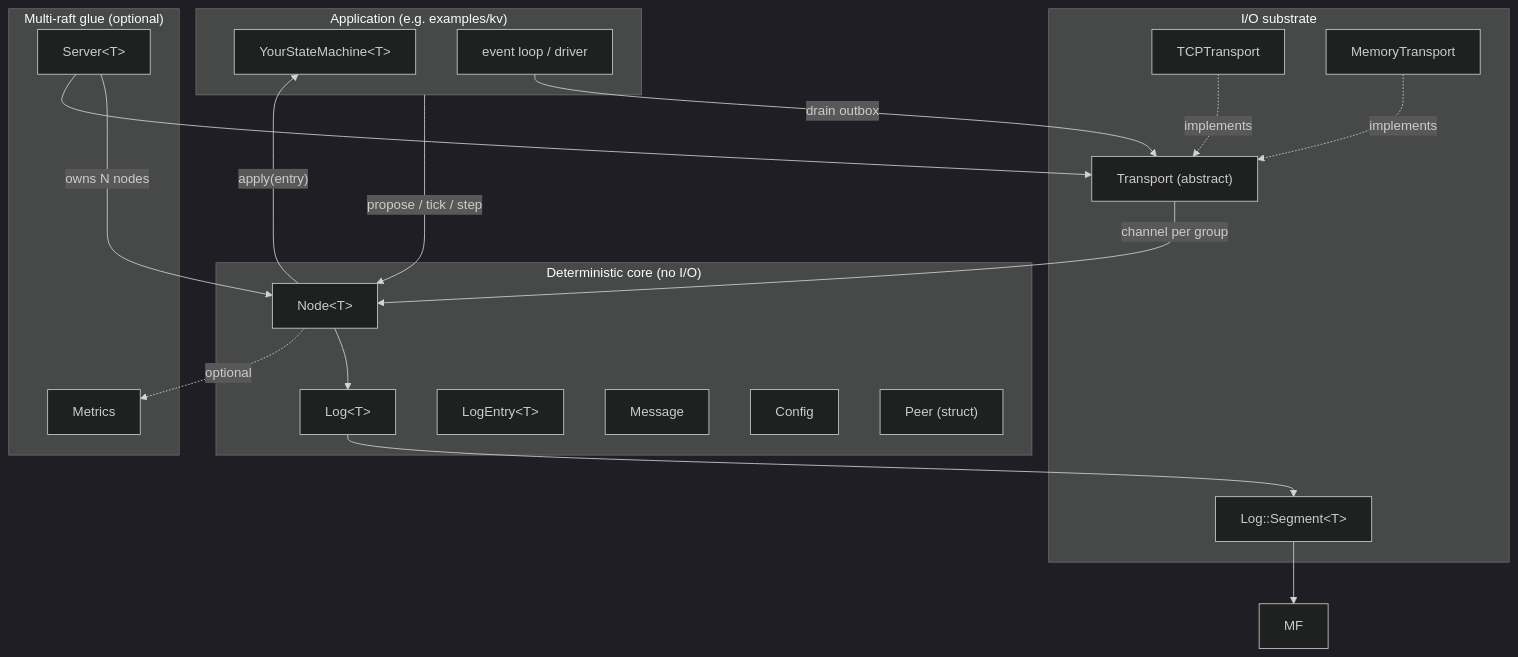
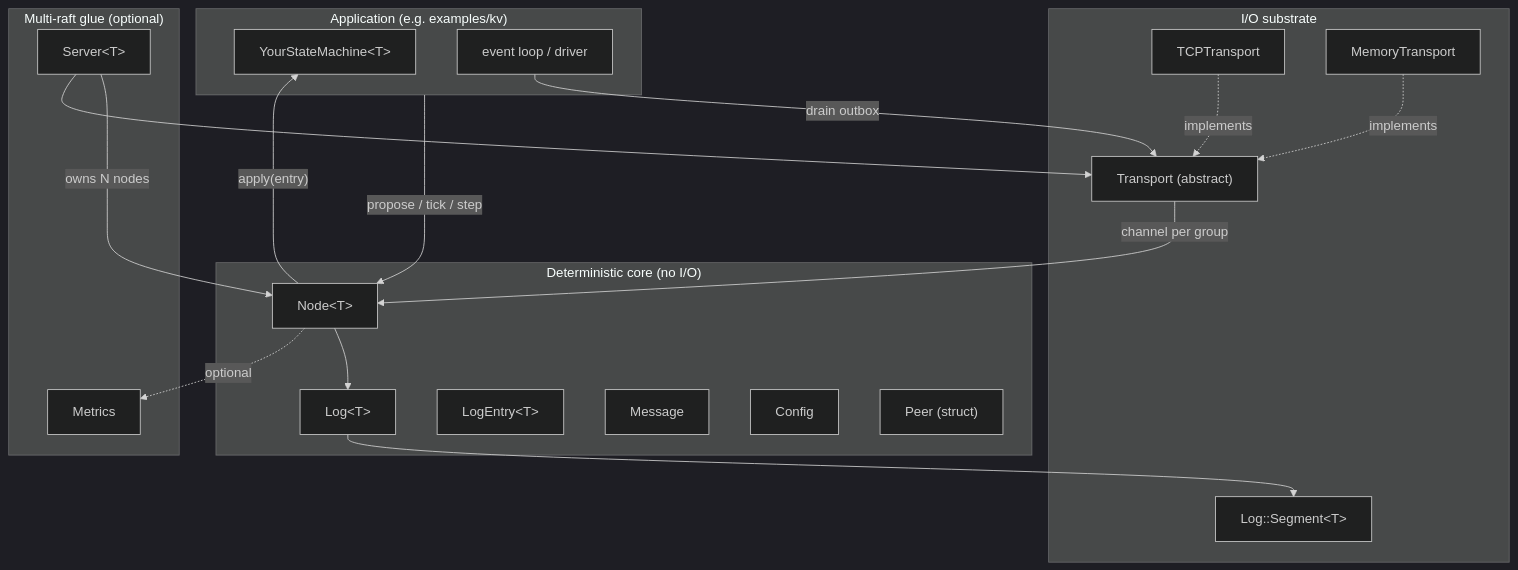
Before and after one commit to 84codes/raft.cr: the first of 7 diagrams in ARCHITECTURE.md, drawn with Mermaid (dark theme).

Commit message:
Drop stale Seg → MF edge from §2 mermaid diagram
Leftover from the MFile removal — the MF node itself was deleted but its
edge from Seg survived. Mermaid was rendering an edge to undefined node.

````diff
--- a/ARCHITECTURE.md
+++ b/ARCHITECTURE.md
@@ -37,41 +37,40 @@
 ```mermaid
 flowchart TB
     subgraph App["Application (e.g. examples/kv)"]
         SM["YourStateMachine&lt;T&gt;"]
         Loop["event loop / driver"]
     end
 
     subgraph Core["Deterministic core (no I/O)"]
         Node["Node&lt;T&gt;"]
         Log["Log&lt;T&gt;"]
         Entry["LogEntry&lt;T&gt;"]
         Msg["Message"]
         Cfg["Config"]
         PeerS["Peer (struct)"]
     end
 
     subgraph IO["I/O substrate"]
         Seg["Log::Segment&lt;T&gt;"]
         Tr["Transport (abstract)"]
         TCP["TCPTransport"]
         Mem["MemoryTransport"]
     end
 
     subgraph Glue["Multi-raft glue (optional)"]
         Server["Server&lt;T&gt;"]
         Metrics["Metrics"]
     end
 
     App -->|"propose / tick / step"| Node
     Node -->|"apply(entry)"| SM
     Node --> Log
     Log --> Seg
-    Seg --> MF
     Loop -->|"drain outbox"| Tr
     Tr -->|"channel per group"| Node
     TCP -.implements.-> Tr
     Mem -.implements.-> Tr
     Server -->|"owns N nodes"| Node
     Server --> Tr
     Node -.optional.-> Metrics
 ```
````
